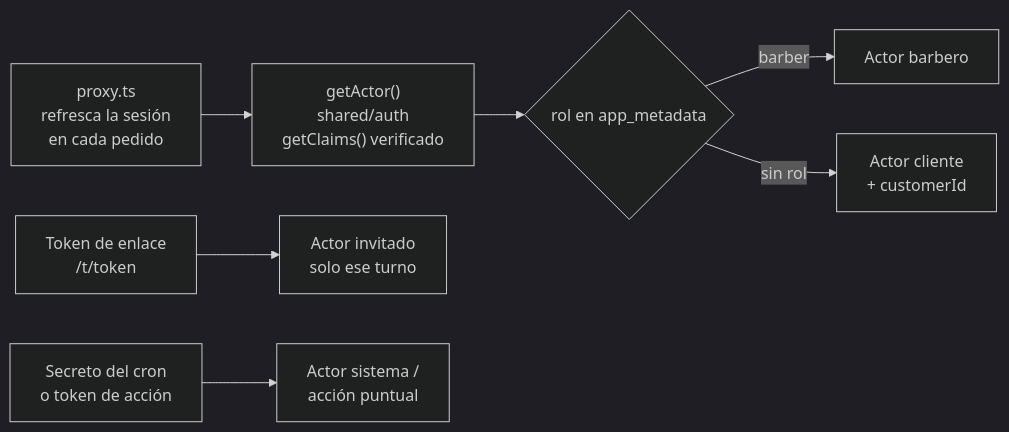
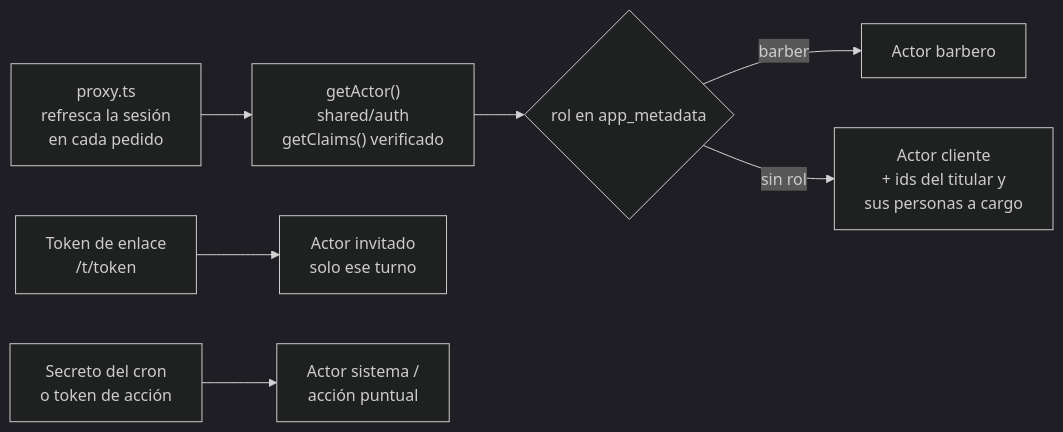
One commit to gcasas205/barber-colo-app changed the fourth of 4 diagrams in docs/diseno/03-backend.md. Above: the diagram before and after it, drawn with Mermaid (dark theme). The commit also changed other lines of this file and 9 other files, not shown here.

First line of the commit message:
design: logo de El Colo en vector y personas a cargo (P-16)

````diff
--- a/docs/diseno/03-backend.md
+++ b/docs/diseno/03-backend.md
@@ -243,9 +243,9 @@
 ```mermaid
 flowchart LR
     P[proxy.ts<br/>refresca la sesión<br/>en cada pedido] --> G["getActor()<br/>shared/auth<br/>getClaims() verificado"]
     G --> C{rol en app_metadata}
     C -- barber --> B[Actor barbero]
-    C -- sin rol --> K[Actor cliente<br/>+ customerId]
+    C -- sin rol --> K[Actor cliente<br/>+ ids del titular y<br/>sus personas a cargo]
     L[Token de enlace<br/>/t/token] --> I[Actor invitado<br/>solo ese turno]
     S[Secreto del cron<br/>o token de acción] --> Y[Actor sistema /<br/>acción puntual]
 ```
````
